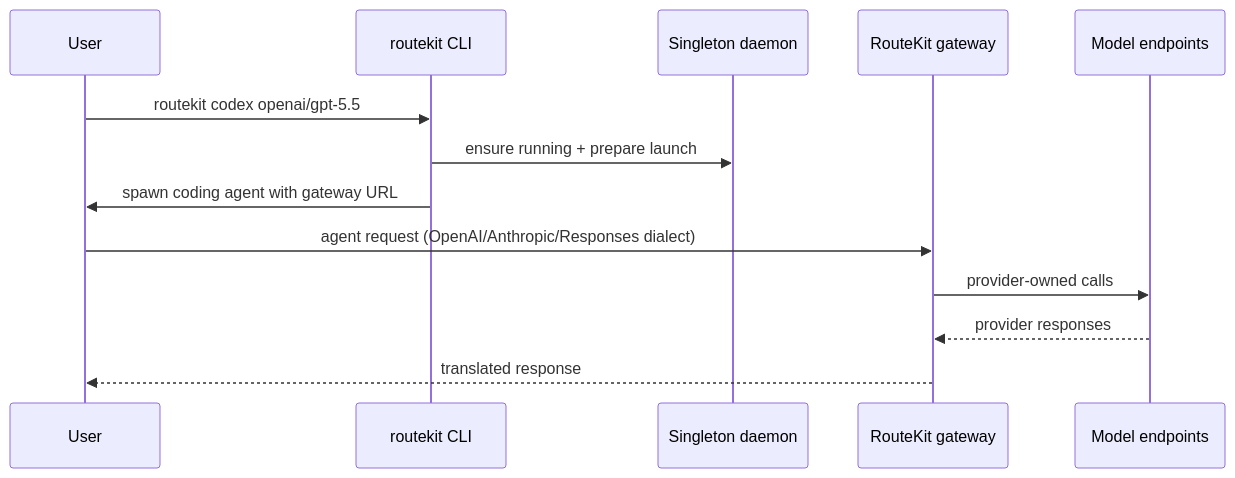
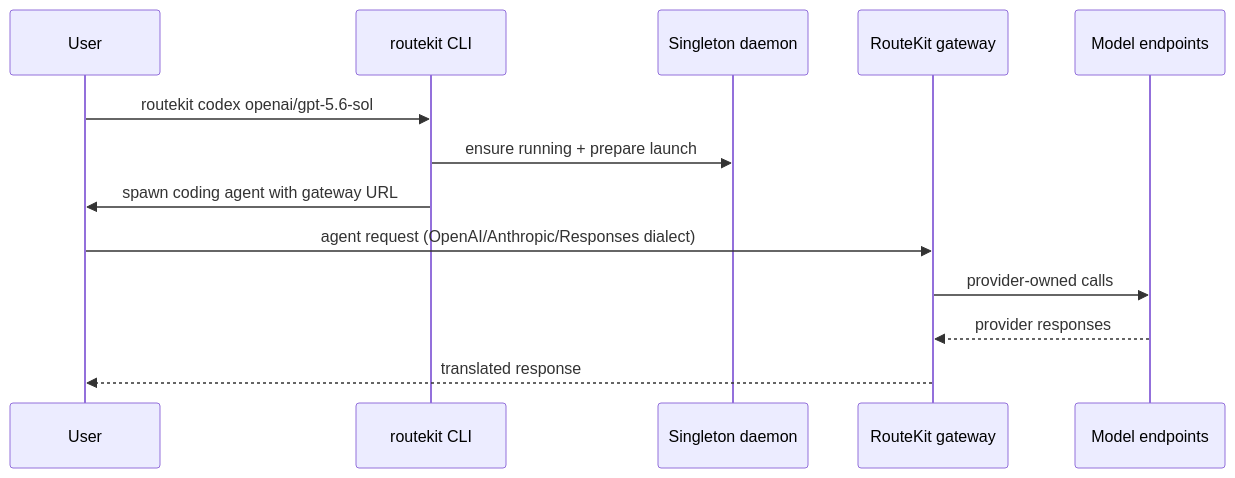
The second of 2 diagrams in docs/repository-reference.md (velum-labs/routekit), drawn with Mermaid before and after one commit. The commit also changed 20 other files, not shown here.

Commit message:
make gpt-5.6-sol the default model

````diff
--- a/docs/repository-reference.md
+++ b/docs/repository-reference.md
@@ -44,16 +44,16 @@
 ```mermaid
 sequenceDiagram
   participant User
   participant CLI as routekit CLI
   participant Daemon as Singleton daemon
   participant GW as RouteKit gateway
   participant Models as Model endpoints
 
-  User->>CLI: routekit codex openai/gpt-5.5
+  User->>CLI: routekit codex openai/gpt-5.6-sol
   CLI->>Daemon: ensure running + prepare launch
   CLI->>User: spawn coding agent with gateway URL
   User->>GW: agent request (OpenAI/Anthropic/Responses dialect)
   GW->>Models: provider-owned calls
   Models-->>GW: provider responses
   GW-->>User: translated response
 ```
````
